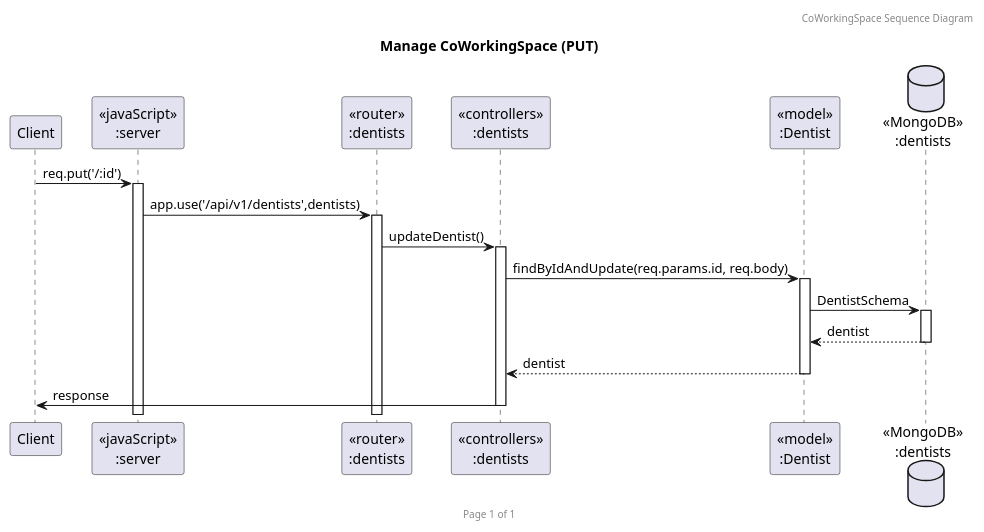
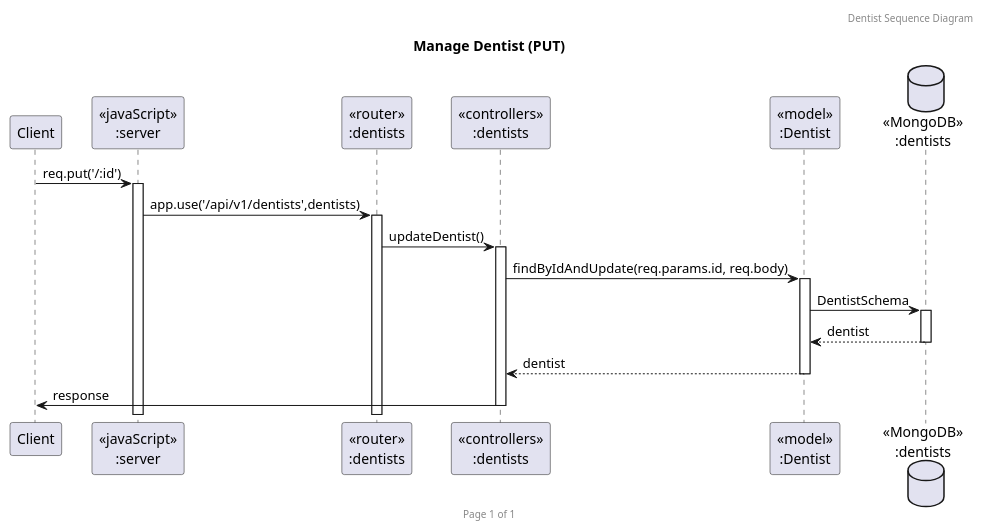
Before and after one commit to 2110503TACEDT66/presentation-day-1-privacy: the diagram in SequenceDiagram/dentput.puml, drawn with PlantUML. The commit also changed 10 other files, not shown here.

```diff
--- a/SequenceDiagram/dentput.puml
+++ b/SequenceDiagram/dentput.puml
@@ -1,23 +1,23 @@
-@startuml Manage CoWorkingSpace (PUT)
+@startuml Manage Dentist (PUT)
 
-header CoWorkingSpace Sequence Diagram
+header Dentist Sequence Diagram
 footer Page %page% of %lastpage%
-title "Manage CoWorkingSpace (PUT)"
+title "Manage Dentist (PUT)"
 
 participant "Client" as client
 participant "<<javaScript>>\n:server" as server
 participant "<<router>>\n:dentists" as routerDentists
 participant "<<controllers>>\n:dentists" as controllersDentists
 participant "<<model>>\n:Dentist" as modelDentists
 database "<<MongoDB>>\n:dentists" as DentistsDatabase
 
 client->server ++:req.put('/:id')
 server->routerDentists ++:app.use('/api/v1/dentists',dentists)
 routerDentists -> controllersDentists ++:updateDentist()
 controllersDentists->modelDentists ++:findByIdAndUpdate(req.params.id, req.body)
 modelDentists ->DentistsDatabase ++:DentistSchema
 DentistsDatabase --> modelDentists --:dentist
 controllersDentists <-- modelDentists --:dentist
 controllersDentists->client --:response
 
 @enduml
```
